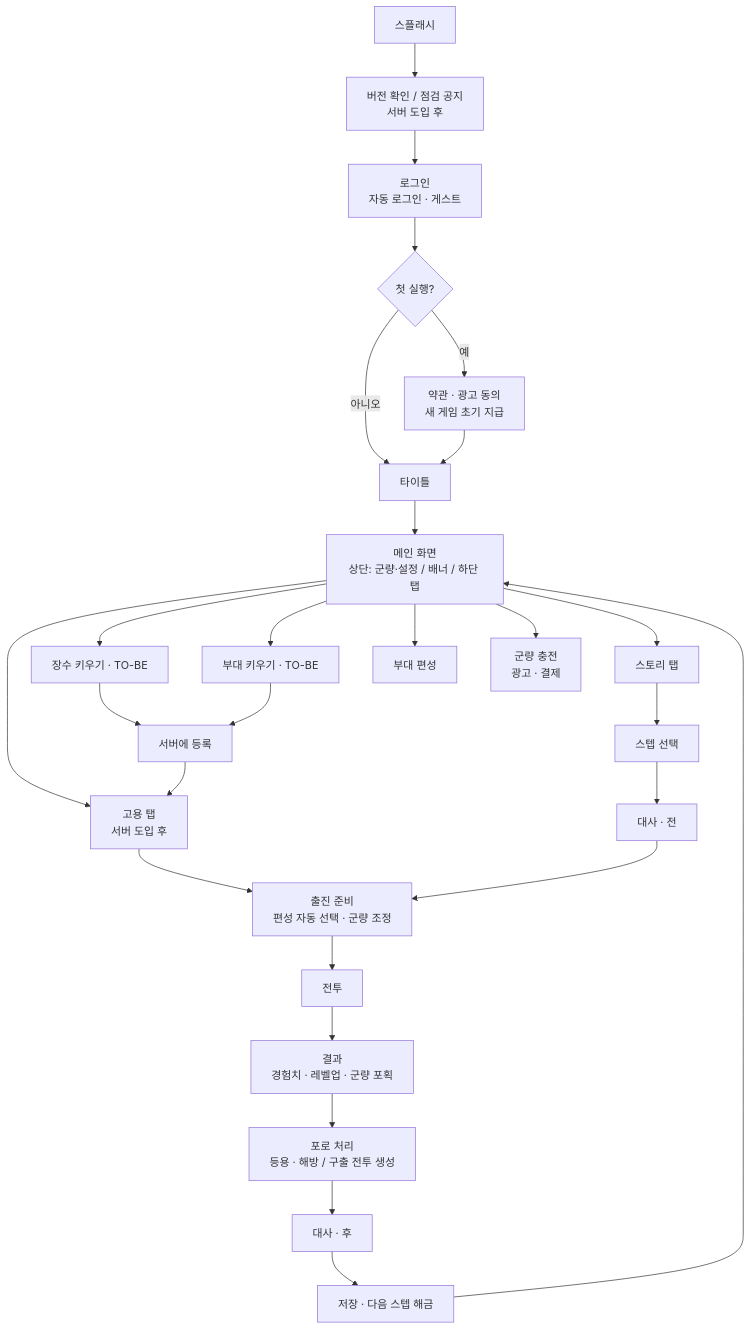
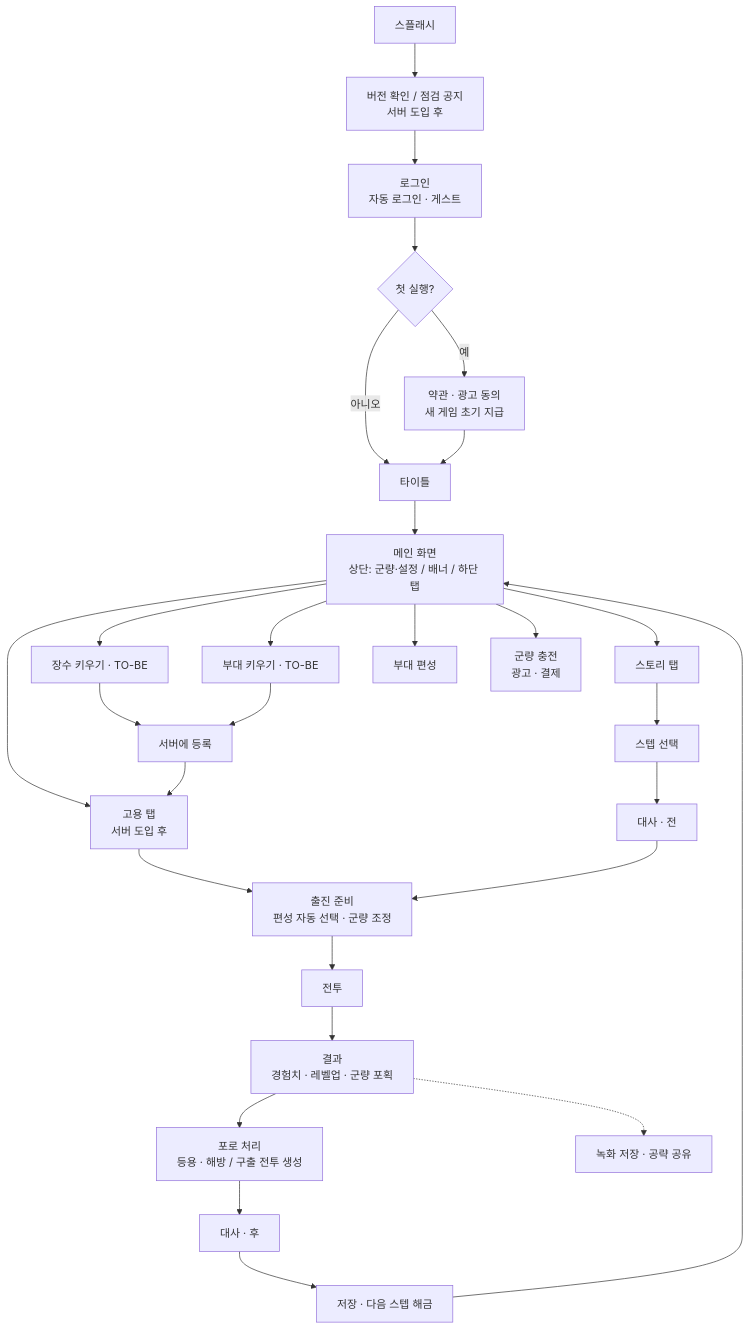
One commit to kimhanggyun/my-project-sample changed the diagram in docs/design/flow.md. Above: the diagram before and after it, drawn with Mermaid. The commit also changed other lines of this file and 9 other files, not shown here.

````diff
--- a/docs/design/flow.md
+++ b/docs/design/flow.md
@@ -11,31 +11,32 @@
 ```mermaid
 flowchart TD
     A[스플래시] --> B[버전 확인 / 점검 공지<br/>서버 도입 후]
     B --> C[로그인<br/>자동 로그인 · 게스트]
     C --> D{첫 실행?}
     D -- 예 --> E[약관 · 광고 동의<br/>새 게임 초기 지급]
     D -- 아니오 --> F[타이틀]
     E --> F
     F --> G[메인 화면<br/>상단: 군량·설정 / 배너 / 하단 탭]
 
     G --> T1[스토리 탭]
     G --> T2[장수 키우기 · TO-BE]
     G --> T3[부대 키우기 · TO-BE]
     G --> T4[부대 편성]
     G --> T5[군량 충전<br/>광고 · 결제]
     G --> T6[고용 탭<br/>서버 도입 후]
     T2 --> R[서버에 등록]
     T3 --> R
     R --> T6
     T6 --> S3
 
     T1 --> S1[스텝 선택]
     S1 --> S2[대사 · 전]
     S2 --> S3[출진 준비<br/>편성 자동 선택 · 군량 조정]
     S3 --> S4[전투]
     S4 --> S5[결과<br/>경험치 · 레벨업 · 군량 포획]
     S5 --> S6[포로 처리<br/>등용 · 해방 / 구출 전투 생성]
+    S5 -.-> RP[녹화 저장 · 공략 공유]
     S6 --> S7[대사 · 후]
     S7 --> S8[저장 · 다음 스텝 해금]
     S8 --> G
 ```
````
